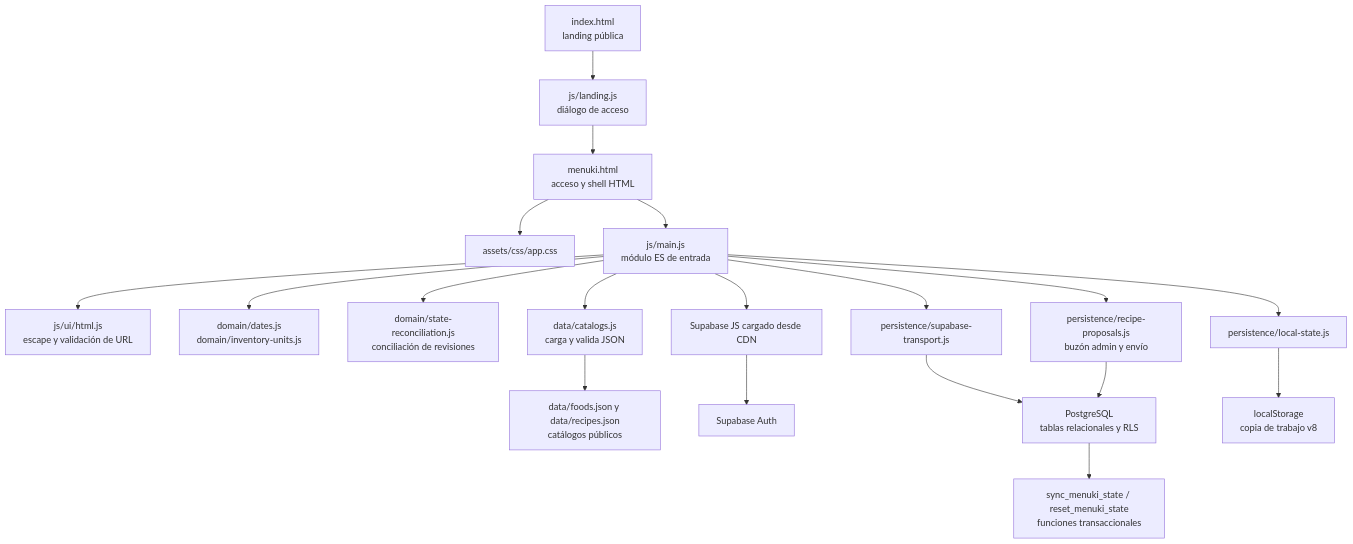
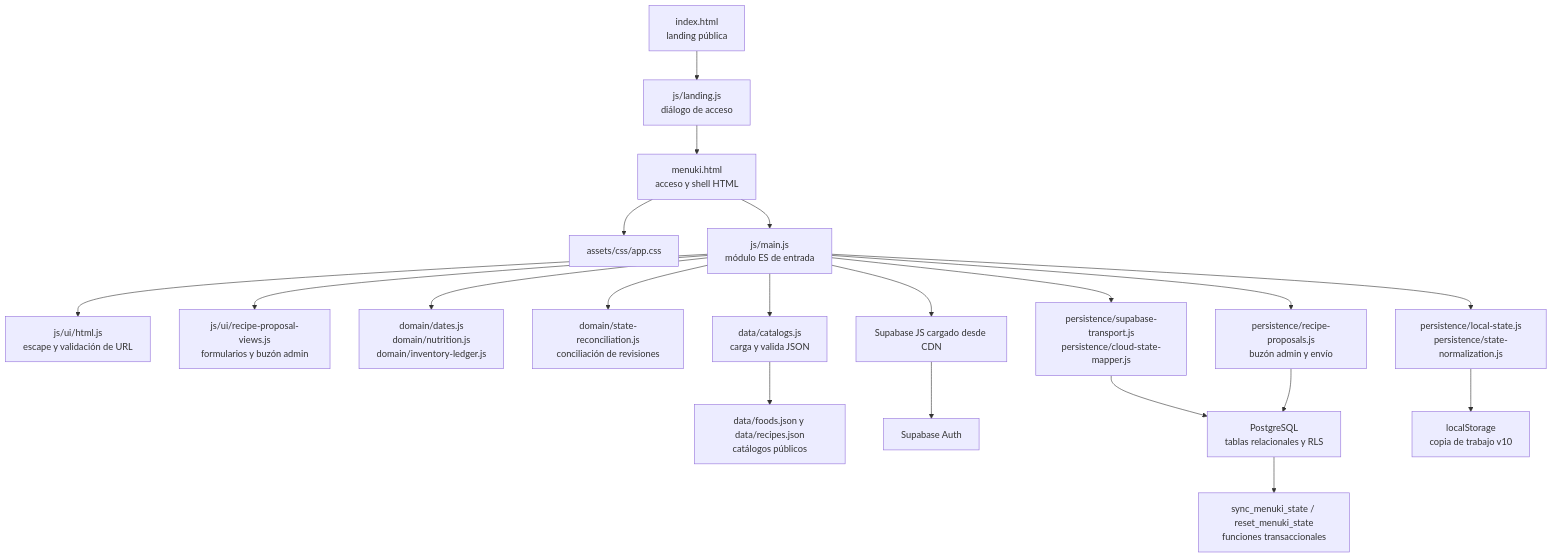
Before and after one commit to adrian-san-lop/food_planning: the diagram in docs/front-end-audit.md, drawn with Mermaid. The commit also changed other lines of this file and 20 other files, not shown here.

````diff
--- a/docs/front-end-audit.md
+++ b/docs/front-end-audit.md
@@ -18,21 +18,22 @@
 ```mermaid
 flowchart TD
     A[index.html<br/>landing pública] --> LA[js/landing.js<br/>diálogo de acceso]
     LA --> B[menuki.html<br/>acceso y shell HTML]
     B --> CSS[assets/css/app.css]
     B --> M[js/main.js<br/>módulo ES de entrada]
     M --> U[js/ui/html.js<br/>escape y validación de URL]
-    M --> D[domain/dates.js<br/>domain/inventory-units.js]
+    M --> PV[js/ui/recipe-proposal-views.js<br/>formularios y buzón admin]
+    M --> D[domain/dates.js<br/>domain/nutrition.js<br/>domain/inventory-ledger.js]
     M --> R[domain/state-reconciliation.js<br/>conciliación de revisiones]
     M --> C[data/catalogs.js<br/>carga y valida JSON]
-    M --> L[persistence/local-state.js]
-    M --> T[persistence/supabase-transport.js]
+    M --> L[persistence/local-state.js<br/>persistence/state-normalization.js]
+    M --> T[persistence/supabase-transport.js<br/>persistence/cloud-state-mapper.js]
     C --> J[data/foods.json y data/recipes.json<br/>catálogos públicos]
     M --> D2[Supabase JS cargado desde CDN]
     D2 --> E[Supabase Auth]
     T --> F[PostgreSQL<br/>tablas relacionales y RLS]
     M --> P[persistence/recipe-proposals.js<br/>buzón admin y envío]
     P --> F
-    L --> G[localStorage<br/>copia de trabajo v8]
+    L --> G[localStorage<br/>copia de trabajo v10]
     F --> H[sync_menuki_state / reset_menuki_state<br/>funciones transaccionales]
 ```
````
